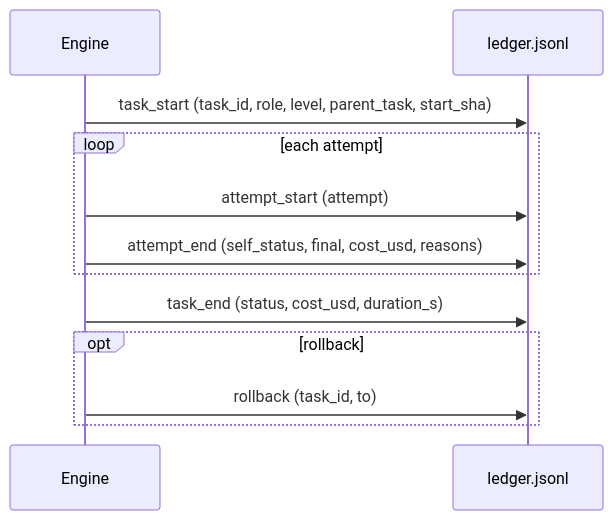
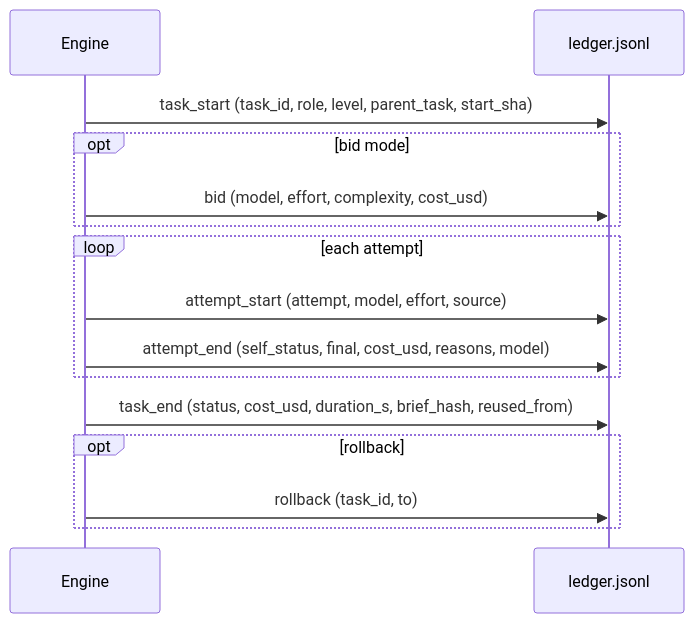
One commit to Waleed178-del/lets-do-it changed the third of 4 diagrams in docs/system/08-state-and-artifacts.md. Above: the diagram before and after it, drawn with Mermaid. The commit also changed other lines of this file and 14 other files, not shown here.

First line of the commit message:
Enforce delegation in the engine, add @commands verify, diagrams for 2.0

````diff
--- a/docs/system/08-state-and-artifacts.md
+++ b/docs/system/08-state-and-artifacts.md
@@ -94,14 +114,17 @@
 ```mermaid
 sequenceDiagram
     participant E as Engine
     participant L as ledger.jsonl
     E->>L: task_start (task_id, role, level, parent_task, start_sha)
+    opt bid mode
+        E->>L: bid (model, effort, complexity, cost_usd)
+    end
     loop each attempt
-        E->>L: attempt_start (attempt)
-        E->>L: attempt_end (self_status, final, cost_usd, reasons)
+        E->>L: attempt_start (attempt, model, effort, source)
+        E->>L: attempt_end (self_status, final, cost_usd, reasons, model)
     end
-    E->>L: task_end (status, cost_usd, duration_s)
+    E->>L: task_end (status, cost_usd, duration_s, brief_hash, reused_from)
     opt rollback
         E->>L: rollback (task_id, to)
     end
 ```
````
